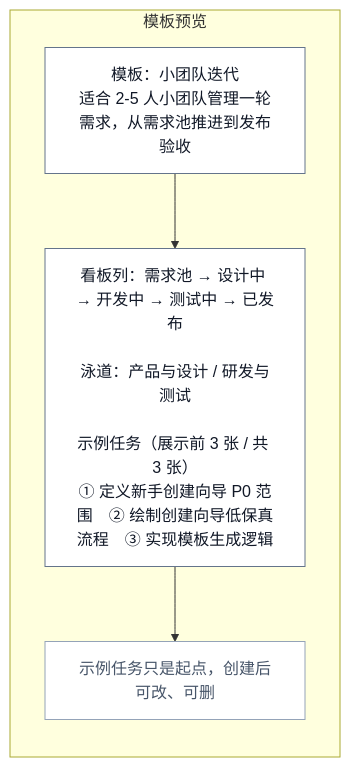
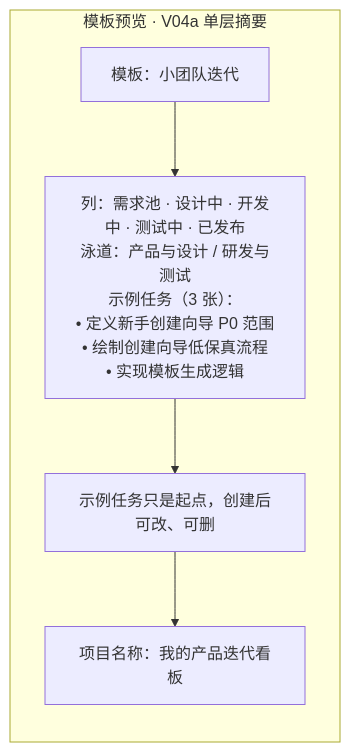
One commit to tangtongqing/kanboard-onboarding-optimization changed the third of 10 diagrams in docs/05-validation/低保真对照测试资产-PD-010C.md. Above: the diagram before and after it, drawn with Mermaid. The commit also changed other lines of this file and 146 other files, not shown here.

````diff
--- a/docs/05-validation/低保真对照测试资产-PD-010C.md
+++ b/docs/05-validation/低保真对照测试资产-PD-010C.md
@@ -165,16 +174,11 @@
 ```mermaid
 flowchart TB
-    subgraph T03_PREV["模板预览"]
+    subgraph PREV_A["模板预览 · V04a 单层摘要"]
         direction TB
-        T03_TITLE["模板：小团队迭代<br/>适合 2-5 人小团队管理一轮需求，从需求池推进到发布验收"]
-        T03_SUMMARY["看板列：需求池 → 设计中 → 开发中 → 测试中 → 已发布<br/><br/>泳道：产品与设计 / 研发与测试<br/><br/>示例任务（展示前 3 张 / 共 3 张）<br/>① 定义新手创建向导 P0 范围　② 绘制创建向导低保真流程　③ 实现模板生成逻辑"]
-        T03_HINT["示例任务只是起点，创建后可改、可删"]
+        TITLE_A["模板：小团队迭代"]
+        INFO_A["列：需求池 · 设计中 · 开发中 · 测试中 · 已发布<br/>泳道：产品与设计 / 研发与测试<br/>示例任务（3 张）：<br/>• 定义新手创建向导 P0 范围<br/>• 绘制创建向导低保真流程<br/>• 实现模板生成逻辑"]
+        HINT_A["示例任务只是起点，创建后可改、可删"]
+        NAME_A["项目名称：我的产品迭代看板"]
+        TITLE_A --> INFO_A --> HINT_A --> NAME_A
     end
-
-    T03_TITLE --> T03_SUMMARY --> T03_HINT
-
-    classDef content fill:#ffffff,stroke:#64748b,color:#111827;
-    classDef muted fill:#ffffff,stroke:#94a3b8,color:#475569;
-    class T03_TITLE,T03_SUMMARY content;
-    class T03_HINT muted;
 ```
````
